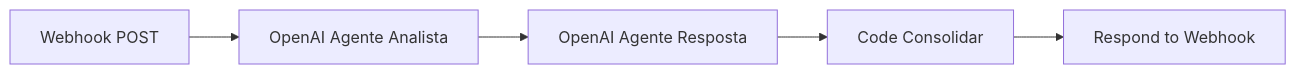
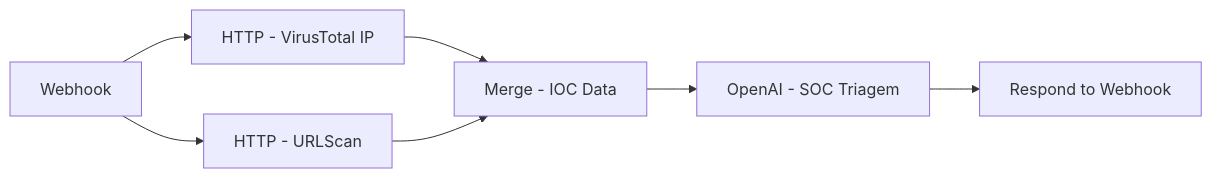
Before and after one commit to ClaudioMendonca-Eng/Kensei_AI_Foundations: the fourth of 4 diagrams in semana-06/README.md, drawn with Mermaid. The commit also changed other lines of this file and 11 other files, not shown here.

````diff
--- a/semana-06/README.md
+++ b/semana-06/README.md
@@ -750,7 +220,9 @@
 ```mermaid
 flowchart LR
-    A[Webhook POST] --> B[OpenAI Agente Analista]
-    B --> C[OpenAI Agente Resposta]
-    C --> D[Code Consolidar]
-    D --> E[Respond to Webhook]
+    A[Webhook] --> B[HTTP - VirusTotal IP]
+    A --> C[HTTP - URLScan]
+    B --> D[Merge - IOC Data]
+    C --> D
+    D --> E[OpenAI - SOC Triagem]
+    E --> F[Respond to Webhook]
 ```
````
